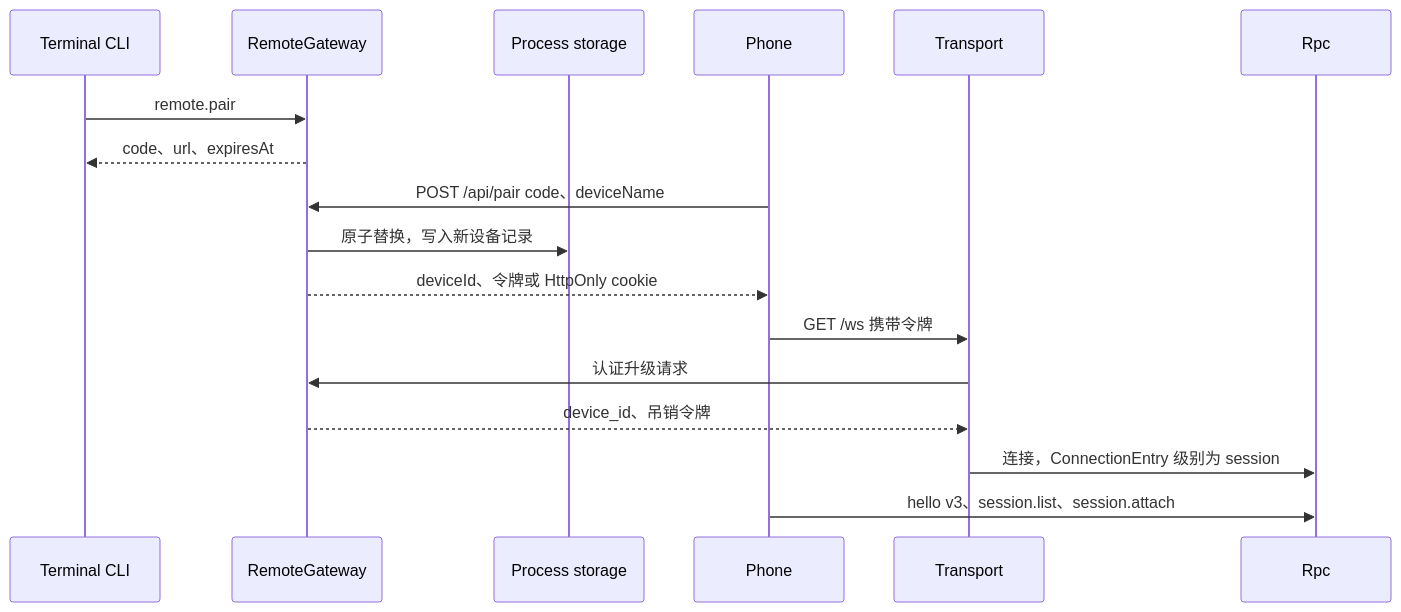
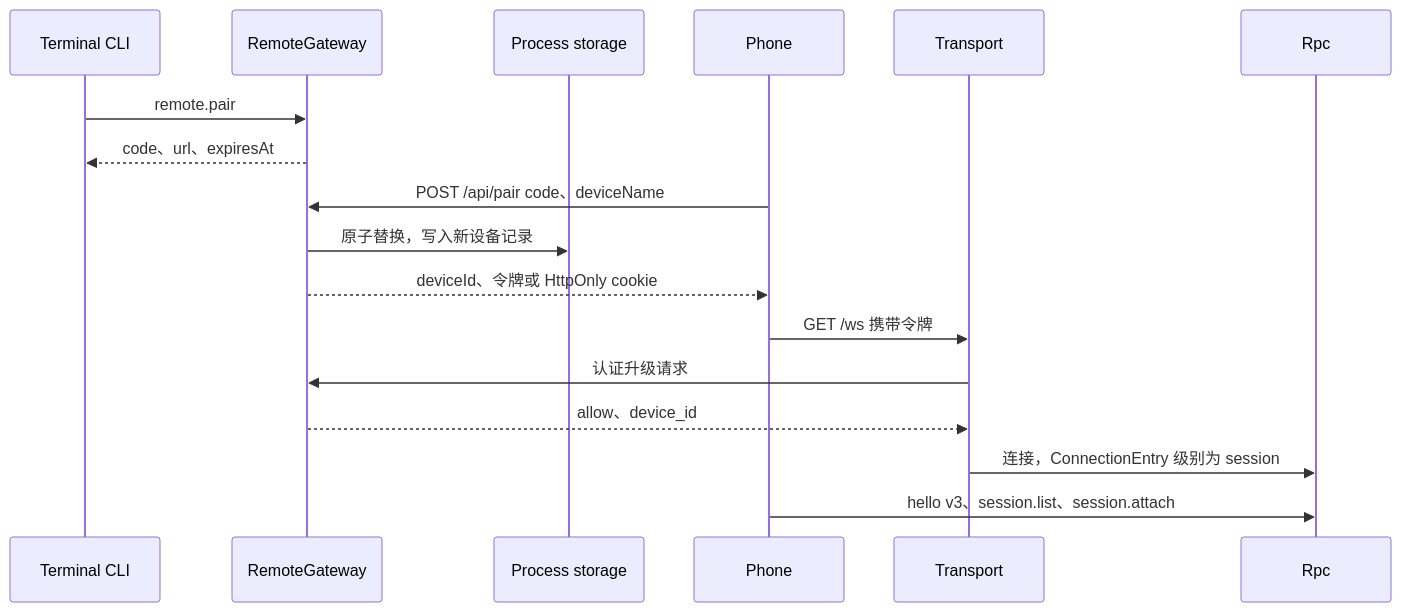
Before and after one commit to CoutinhoTTS/dim-agent: the third of 6 diagrams in docs/zh/design/plugins/RemoteGateway.md, drawn with Mermaid. The commit also changed other lines of this file and 18 other files, not shown here.

````diff
--- a/docs/zh/design/plugins/RemoteGateway.md
+++ b/docs/zh/design/plugins/RemoteGateway.md
@@ -76,19 +76,19 @@
 ```mermaid
 sequenceDiagram
   participant U as Terminal CLI
   participant RG as RemoteGateway
   participant PS as Process storage
   participant D as Phone
   participant T as Transport
   participant R as Rpc
   U->>RG: remote.pair
   RG-->>U: code、url、expiresAt
   D->>RG: POST /api/pair code、deviceName
   RG->>PS: 原子替换，写入新设备记录
   RG-->>D: deviceId、令牌或 HttpOnly cookie
   D->>T: GET /ws 携带令牌
   T->>RG: 认证升级请求
-  RG-->>T: device_id、吊销令牌
+  RG-->>T: allow、device_id
   T->>R: 连接，ConnectionEntry 级别为 session
   D->>R: hello v3、session.list、session.attach
 ```
````
